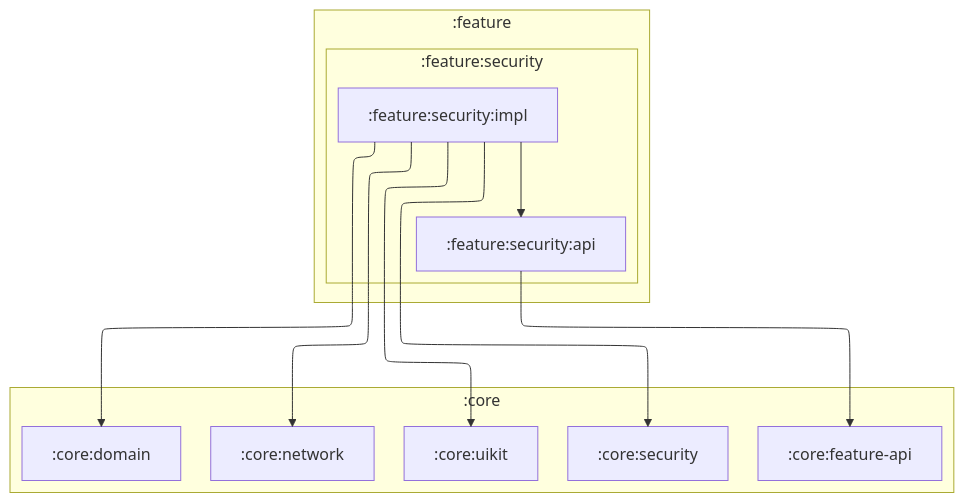
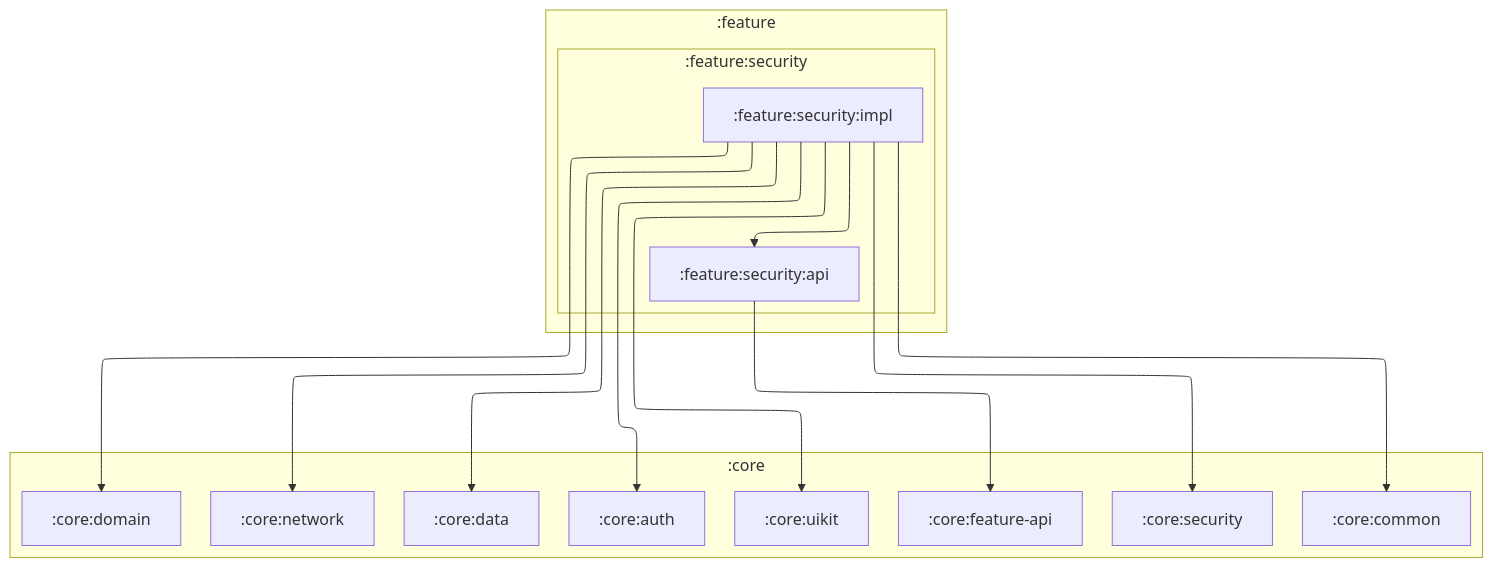
Before and after one commit to IliaVoskoboinikov/Finance-Manager: the diagram in feature/security/impl/README.md, drawn with Mermaid. The commit also changed other lines of this file and 222 other files, not shown here.

````diff
--- a/feature/security/impl/README.md
+++ b/feature/security/impl/README.md
@@ -11,32 +25,38 @@
 ```mermaid
 ---
 config:
   layout: elk
   elk:
     nodePlacementStrategy: SIMPLE
 ---
 graph TB
     subgraph :feature
         subgraph :feature:security
             :feature:security:api
             :feature:security:impl
         end
     end
 
     subgraph :core
         :core:network
         :core:uikit
         :core:domain
         :core:security
+        :core:common
+        :core:data
+        :core:auth
         :core:feature-api
     end
 
     :feature:security:impl --> :feature:security:api
     :feature:security:impl --> :core:network
     :feature:security:impl --> :core:uikit
     :feature:security:impl --> :core:domain
     :feature:security:impl --> :core:security
+    :feature:security:impl --> :core:common
+    :feature:security:impl --> :core:data
+    :feature:security:impl --> :core:auth
     :feature:security:api --> :core:feature-api
 
     classDef android-library fill:#9BF6FF,stroke:#000,stroke-width:2px,color:#000;
 ```
````
